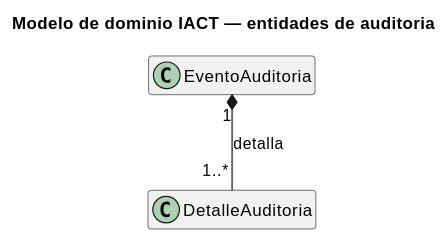
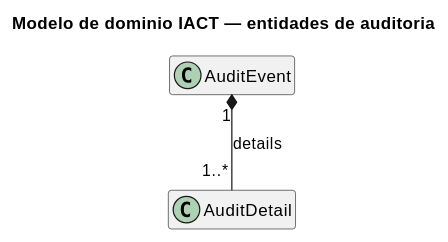
Before and after one commit to jcg-admin/IACT-docs: the diagram in source/requisitos/_metodologia-aplicacion/analisis-dominio/ejemplo-iact-vinculacion-textual-recomendada.rst, drawn with PlantUML. The commit also changed 21 other files, not shown here.

```diff
--- a/source/requisitos/_metodologia-aplicacion/analisis-dominio/ejemplo-iact-vinculacion-textual-recomendada.rst
+++ b/source/requisitos/_metodologia-aplicacion/analisis-dominio/ejemplo-iact-vinculacion-textual-recomendada.rst
@@ -4,9 +4,9 @@
 .. uml::
 
    @startuml
    title Modelo de dominio IACT — entidades de auditoria
    hide empty members
-   class EventoAuditoria
-   class DetalleAuditoria
-   EventoAuditoria "1" *-- "1..*" DetalleAuditoria : detalla
+   class AuditEvent
+   class AuditDetail
+   AuditEvent "1" *-- "1..*" AuditDetail : details
    @enduml
```
